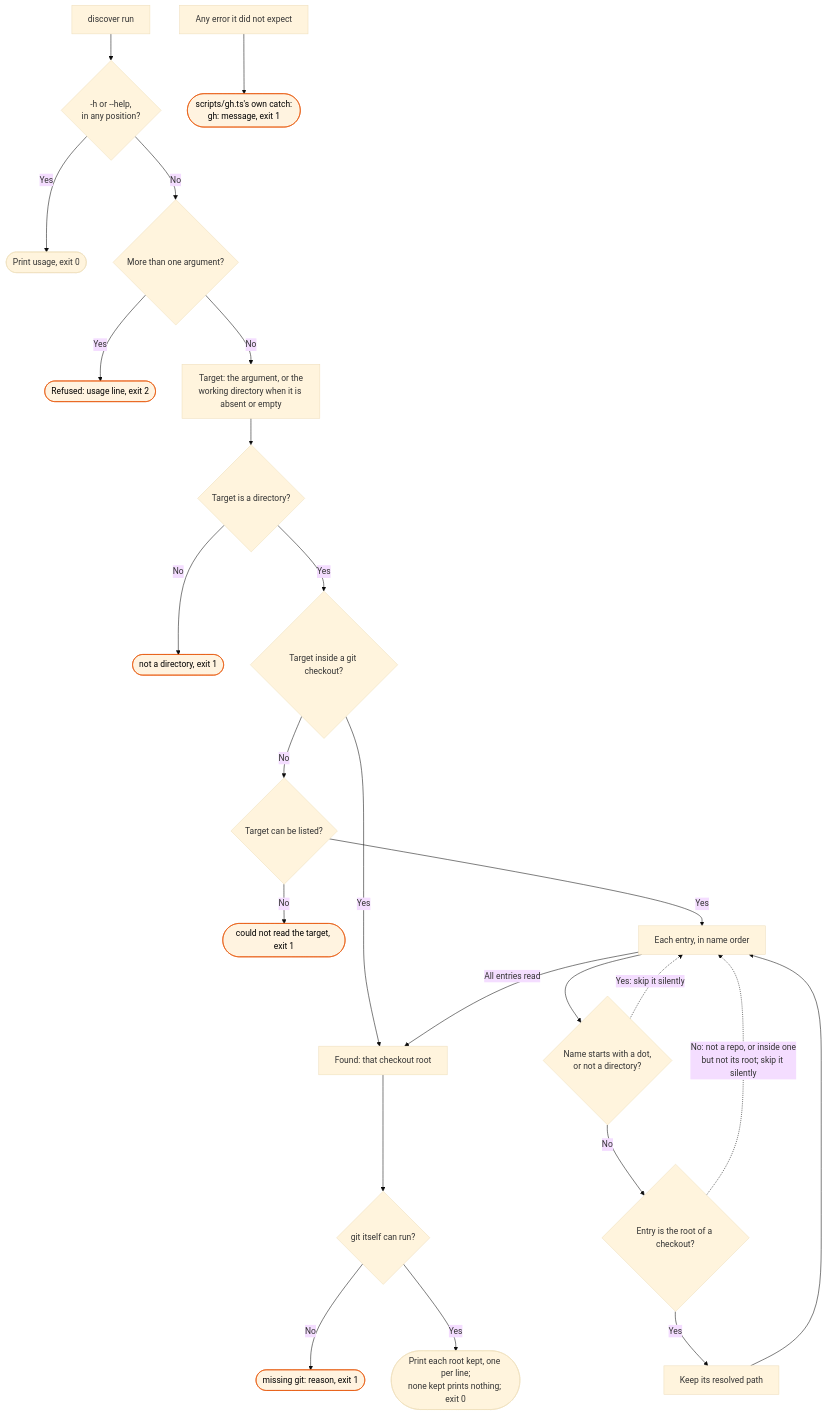
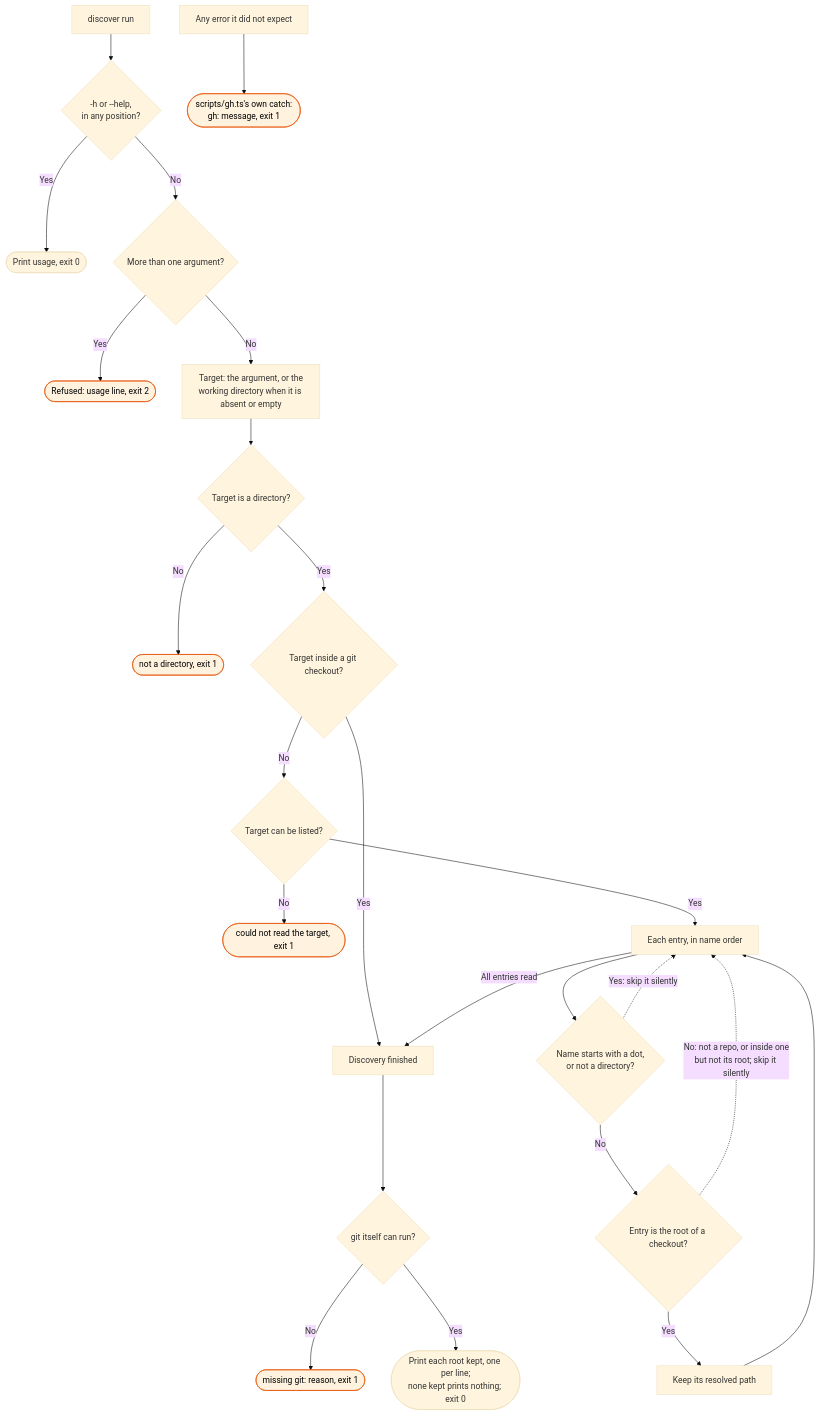
Before and after one commit to bje-settings/claude: the diagram in docs/flows/gh/shepherd/discover-flow.md, drawn with Mermaid (base theme). The commit also changed 2 other files, not shown here.

Commit message:
docs(gh): fix a merged diagram label and restore a dropped divergence
Round 1 review of #218. The discover flow's merged node kept its first
label, "Found: that checkout root", although the directory-scan path
also ends there with zero, one, or many roots found. Relabelled it to
fit every inbound edge.

Finding 8 removed the whole exitStatus divergence entry, but only its
non-zero-status half died. A throw still turns the single-repository
path's exit code from 0 to 1, against the shell version. Restored a
trimmed entry for that half, and the README sentence that named it.

````diff
--- a/docs/flows/gh/shepherd/discover-flow.md
+++ b/docs/flows/gh/shepherd/discover-flow.md
@@ -15,28 +15,28 @@
 ```mermaid
 flowchart TD
     A[discover run] --> B{-h or --help,<br/>in any position?}
     B -->|Yes| H([Print usage, exit 0])
     B -->|No| C{More than one argument?}
     C -->|Yes| Z1([Refused: usage line, exit 2]):::stop
     C -->|No| D[Target: the argument, or the<br/>working directory when it is absent or empty]
     D --> E{Target is a directory?}
     E -->|No| Z2([not a directory, exit 1]):::stop
     E -->|Yes| F{Target inside a git checkout?}
-    F -->|Yes| G[Found: that checkout root]
+    F -->|Yes| G[Discovery finished]
     F -->|No| I{Target can be listed?}
     I -->|No| Z3([could not read the target, exit 1]):::stop
     I -->|Yes| J[Each entry, in name order]
     J --> K{Name starts with a dot,<br/>or not a directory?}
     K -.->|Yes: skip it silently| J
     K -->|No| L{Entry is the root of a checkout?}
     L -.->|No: not a repo, or inside one<br/>but not its root; skip it silently| J
     L -->|Yes| M[Keep its resolved path]
     M --> J
     J -->|All entries read| G
     G --> O{git itself can run?}
     O -->|No| Z5([missing git: reason, exit 1]):::stop
     O -->|Yes| N([Print each root kept, one per line;<br/>none kept prints nothing; exit 0])
     X[Any error it did not expect] --> Z4([scripts/gh.ts's own catch:<br/>gh: message, exit 1]):::stop
 
     classDef stop fill:#fff3e0,stroke:#e65100,color:#000
 ```
````
